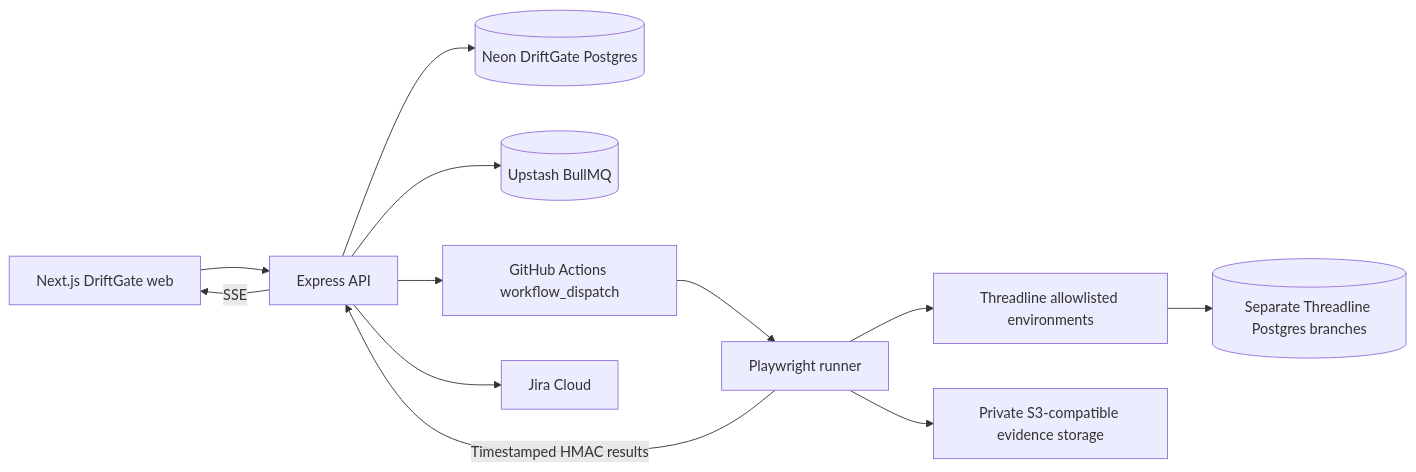
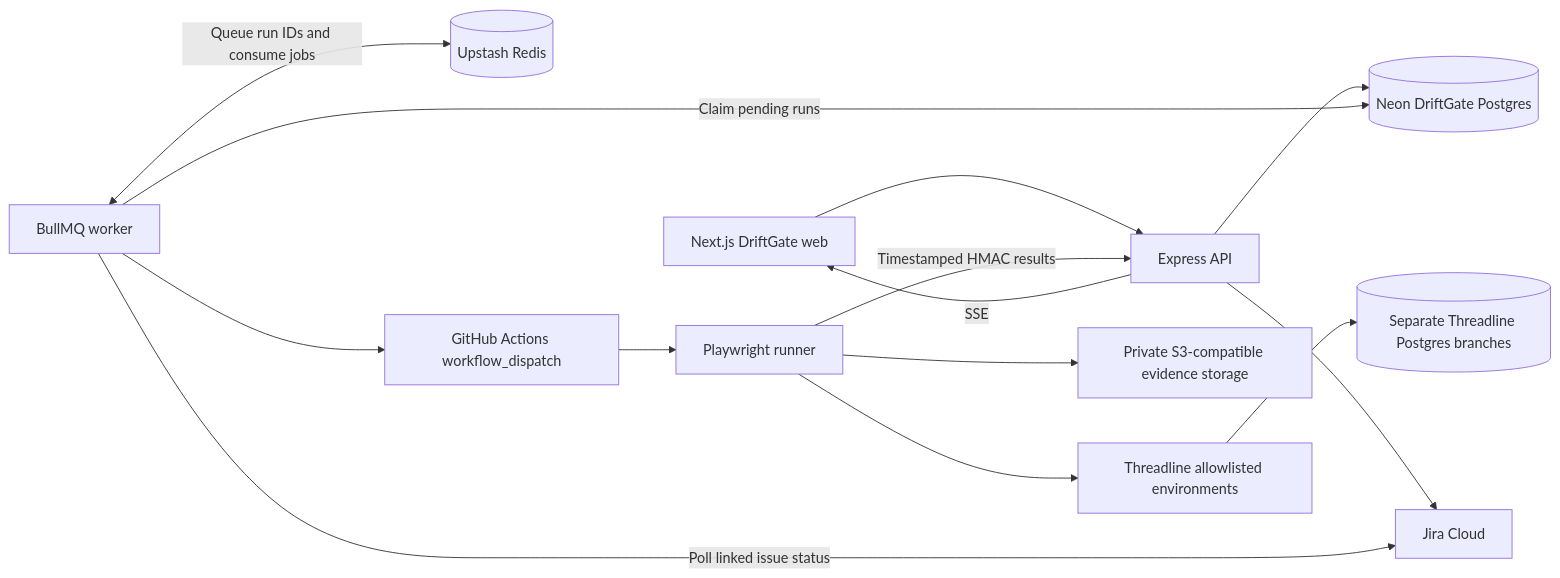
Before and after one commit to tulasiram2005/driftgate: the diagram in docs/ARCHITECTURE.md, drawn with Mermaid. The commit also changed other lines of this file, not shown here.

Commit message:
docs: describe the implemented test-to-release workflow [skip ci]

````diff
--- a/docs/ARCHITECTURE.md
+++ b/docs/ARCHITECTURE.md
@@ -5,14 +5,16 @@
 ```mermaid
 flowchart LR
   Web[Next.js DriftGate web] --> API[Express API]
   API --> DB[(Neon DriftGate Postgres)]
-  API --> Queue[(Upstash BullMQ)]
-  API --> Dispatch[GitHub Actions workflow_dispatch]
+  Worker[BullMQ worker] -->|Claim pending runs| DB
+  Worker <-->|Queue run IDs and consume jobs| Queue[(Upstash Redis)]
+  Worker --> Dispatch[GitHub Actions workflow_dispatch]
   Dispatch --> Runner[Playwright runner]
   Runner --> Store[Threadline allowlisted environments]
   Store --> StoreDB[(Separate Threadline Postgres branches)]
   Runner --> Evidence[Private S3-compatible evidence storage]
   Runner -->|Timestamped HMAC results| API
   API -->|SSE| Web
   API --> Jira[Jira Cloud]
+  Worker -->|Poll linked issue status| Jira
 ```
````
